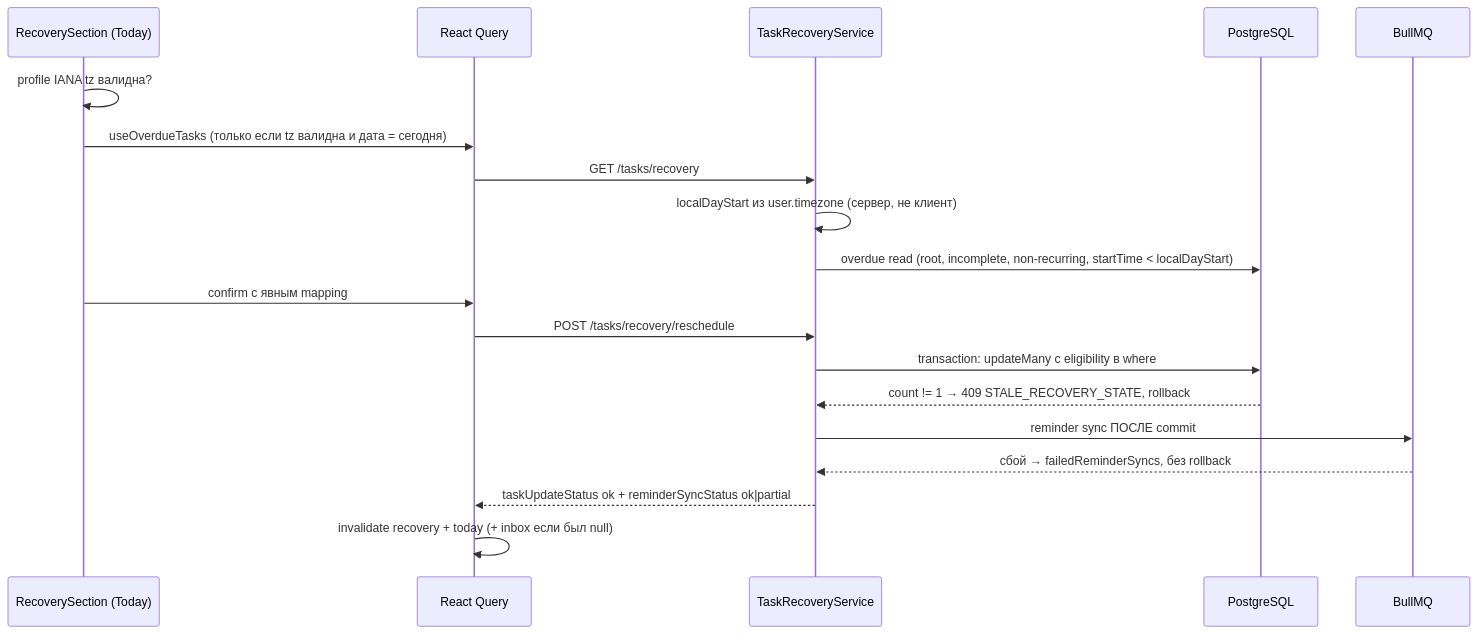
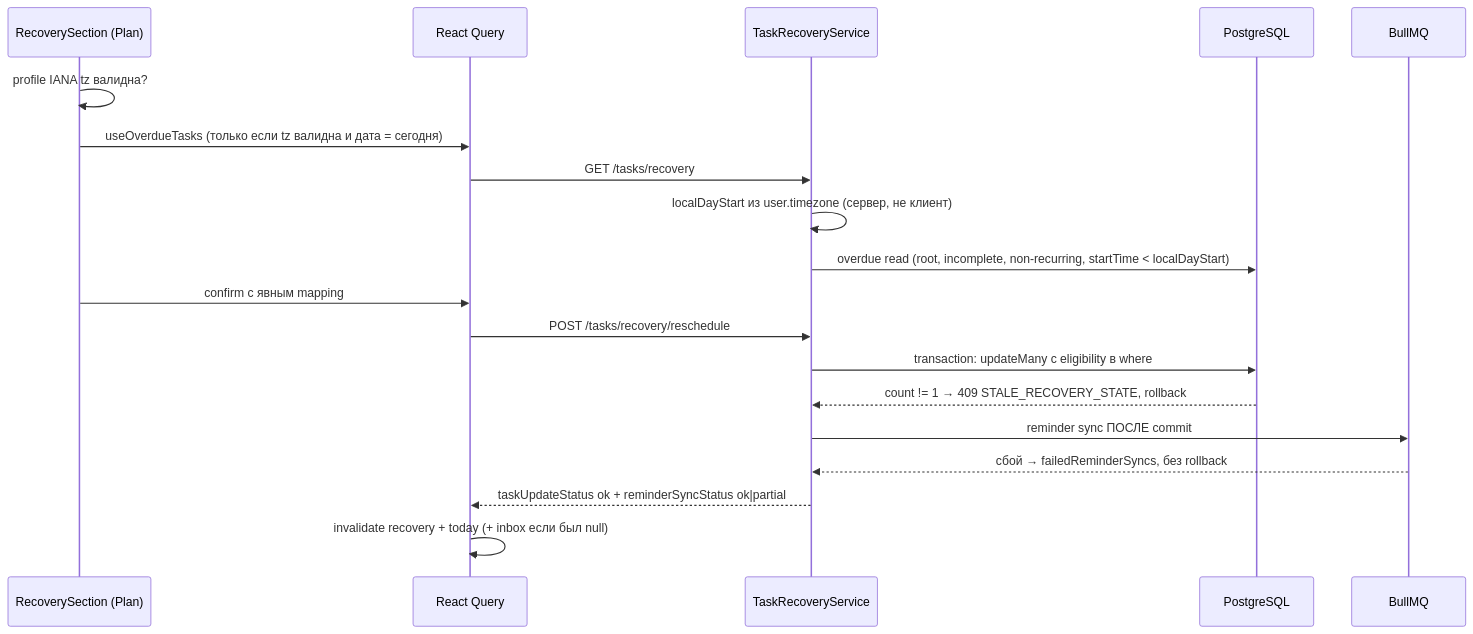
The sixth of 6 diagrams in docs/Engineering-Handbook-v5.md (mamunhasin601-cpu/ADHD), drawn with Mermaid before and after one commit. The commit also changed other lines of this file and 124 other files, not shown here.

First line of the commit message:
feat: finalize visual identity and timeline lifecycle

````diff
--- a/docs/Engineering-Handbook-v5.md
+++ b/docs/Engineering-Handbook-v5.md
@@ -184,21 +184,21 @@
 ```mermaid
 sequenceDiagram
- participant UI as RecoverySection (Today)
+ participant UI as RecoverySection (Plan)
  participant Q as React Query
  participant S as TaskRecoveryService
  participant DB as PostgreSQL
  participant B as BullMQ
  UI->>UI: profile IANA tz валидна?
  UI->>Q: useOverdueTasks (только если tz валидна и дата = сегодня)
  Q->>S: GET /tasks/recovery
  S->>S: localDayStart из user.timezone (сервер, не клиент)
  S->>DB: overdue read (root, incomplete, non-recurring, startTime < localDayStart)
  UI->>Q: confirm с явным mapping
  Q->>S: POST /tasks/recovery/reschedule
  S->>DB: transaction: updateMany с eligibility в where
  DB-->>S: count != 1 → 409 STALE_RECOVERY_STATE, rollback
  S->>B: reminder sync ПОСЛЕ commit
  B-->>S: сбой → failedReminderSyncs, без rollback
  S-->>Q: taskUpdateStatus ok + reminderSyncStatus ok|partial
  Q->>Q: invalidate recovery + today (+ inbox если был null)
 ```
````
